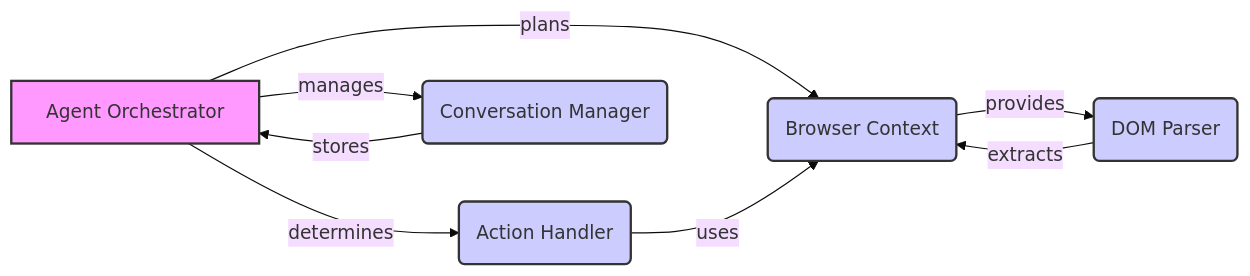
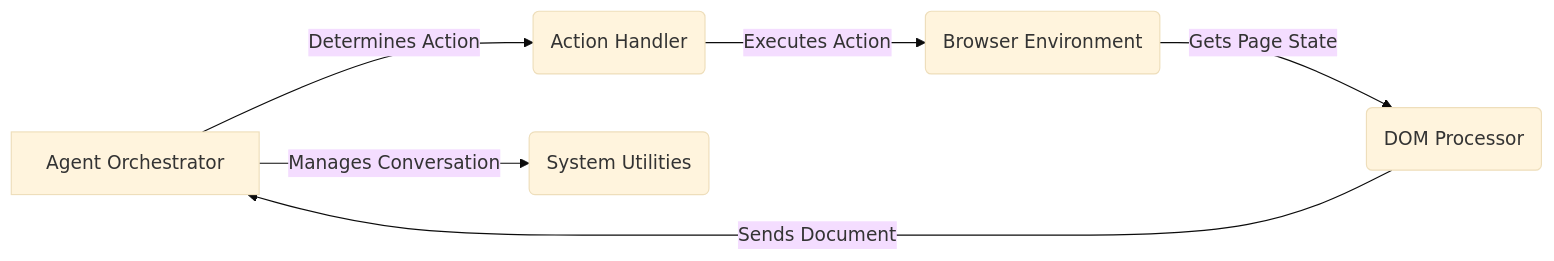
Before and after one commit to CodeBoarding/GeneratedOnBoardings: the diagram in browser-use/on_boarding.md, drawn with Mermaid (base theme). The commit also changed other lines of this file, not shown here.

Commit message:
Uploading onboarding materials for browser-use

````diff
--- a/browser-use/on_boarding.md
+++ b/browser-use/on_boarding.md
@@ -9,15 +9,8 @@
 ```mermaid
 graph LR
-    A[Agent Orchestrator] -- plans --> B(Browser Context)
-    A -- determines --> C(Action Handler)
-    A -- manages --> D(Conversation Manager)
-    B -- provides --> E(DOM Parser)
-    C -- uses --> B
-    E -- extracts --> B
-    D -- stores --> A
-    style A fill:#f9f,stroke:#333,stroke-width:2px
-    style B fill:#ccf,stroke:#333,stroke-width:2px
-    style C fill:#ccf,stroke:#333,stroke-width:2px
-    style D fill:#ccf,stroke:#333,stroke-width:2px
-    style E fill:#ccf,stroke:#333,stroke-width:2px
+    A[Agent Orchestrator] -- Determines Action --> B(Action Handler)
+    B -- Executes Action --> C(Browser Environment)
+    C -- Gets Page State --> D(DOM Processor)
+    D -- Sends Document --> A
+    A -- Manages Conversation --> E(System Utilities)
 ```
````
